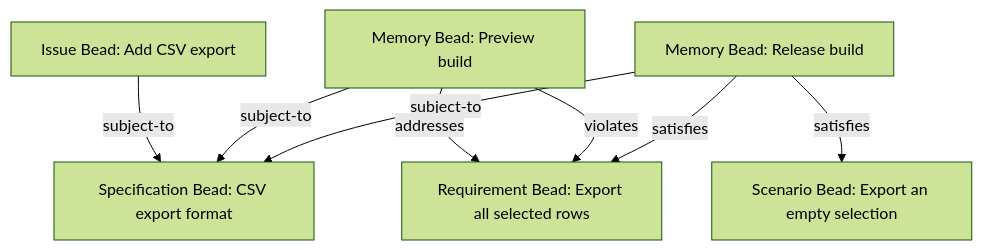
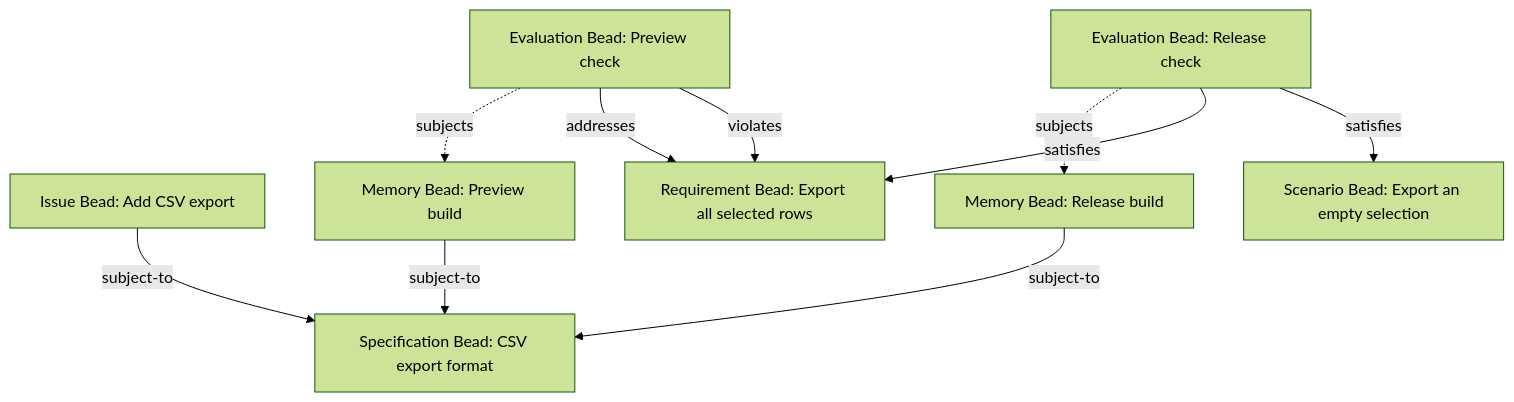
Before and after one commit to gastownhall/bdp: the third of 7 diagrams in specs/types/memory/memory.md, drawn with Mermaid (forest theme). The commit also changed other lines of this file and 5 other files, not shown here.

````diff
--- a/specs/types/memory/memory.md
+++ b/specs/types/memory/memory.md
@@ -95,16 +97,20 @@
 ```mermaid
 flowchart TD
     I["Issue Bead: Add CSV export"]
     S["Specification Bead: CSV export format"]
     R["Requirement Bead: Export all selected rows"]
     C["Scenario Bead: Export an empty selection"]
     A["Memory Bead: Preview build"]
     B["Memory Bead: Release build"]
+    EA["Evaluation Bead: Preview check"]
+    EB["Evaluation Bead: Release check"]
     I -->|subject-to| S
     A -->|subject-to| S
     B -->|subject-to| S
-    A -->|addresses| R
-    A -->|violates| R
-    B -->|satisfies| R
-    B -->|satisfies| C
+    EA -. subjects .-> A
+    EB -. subjects .-> B
+    EA -->|addresses| R
+    EA -->|violates| R
+    EB -->|satisfies| R
+    EB -->|satisfies| C
 ```
````
